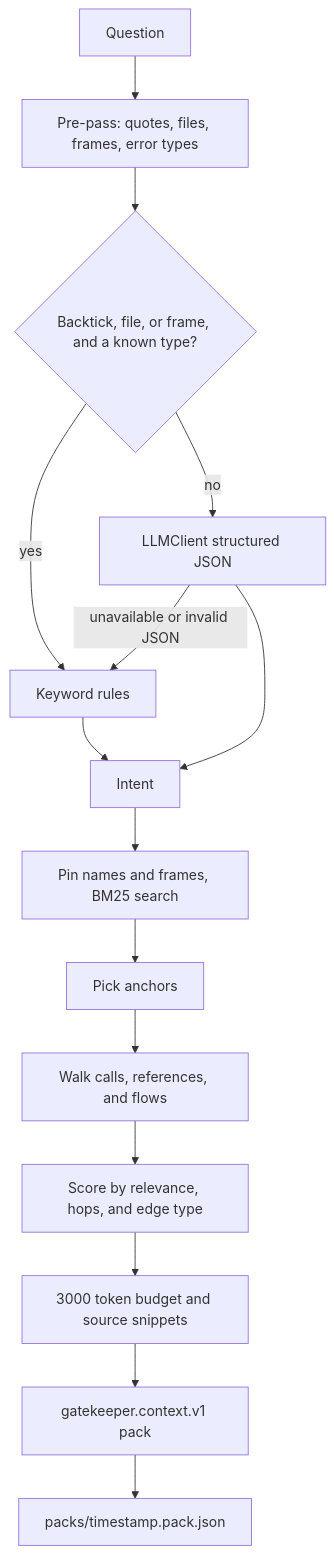
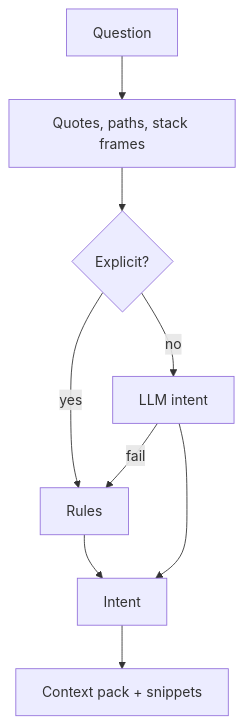
The third of 4 diagrams in README.md (Anilkumark17/Gatekeeper), drawn with Mermaid before and after one commit. The commit also changed other lines of this file and 13 other files, not shown here.

````diff
--- a/README.md
+++ b/README.md
@@ -91,17 +86,11 @@
 ```mermaid
 flowchart TD
-  question["Question"] --> prepass["Pre-pass: quotes, files, frames, error types"]
-  prepass --> router{"Backtick, file, or frame, and a known type?"}
-  router -->|yes| rules["Keyword rules"]
-  router -->|no| model["LLMClient structured JSON"]
-  model -->|unavailable or invalid JSON| rules
+  q["Question"] --> prepass["Quotes, paths, stack frames"]
+  prepass --> route{"Explicit?"}
+  route -->|yes| rules["Rules"]
+  route -->|no| llm["LLM intent"]
+  llm -->|fail| rules
   rules --> intent["Intent"]
-  model --> intent
-  intent --> shortlist["Pin names and frames, BM25 search"]
-  shortlist --> select["Pick anchors"]
-  select --> expand["Walk calls, references, and flows"]
-  expand --> rank["Score by relevance, hops, and edge type"]
-  rank --> budget["3000 token budget and source snippets"]
-  budget --> pack["gatekeeper.context.v1 pack"]
-  pack --> handoff["packs/timestamp.pack.json"]
+  llm --> intent
+  intent --> pack["Context pack + snippets"]
 ```
````
